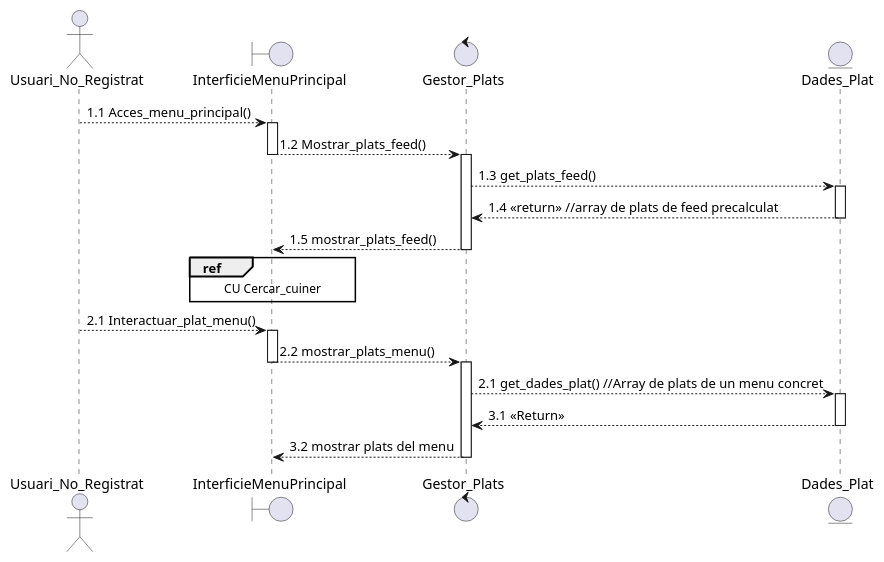
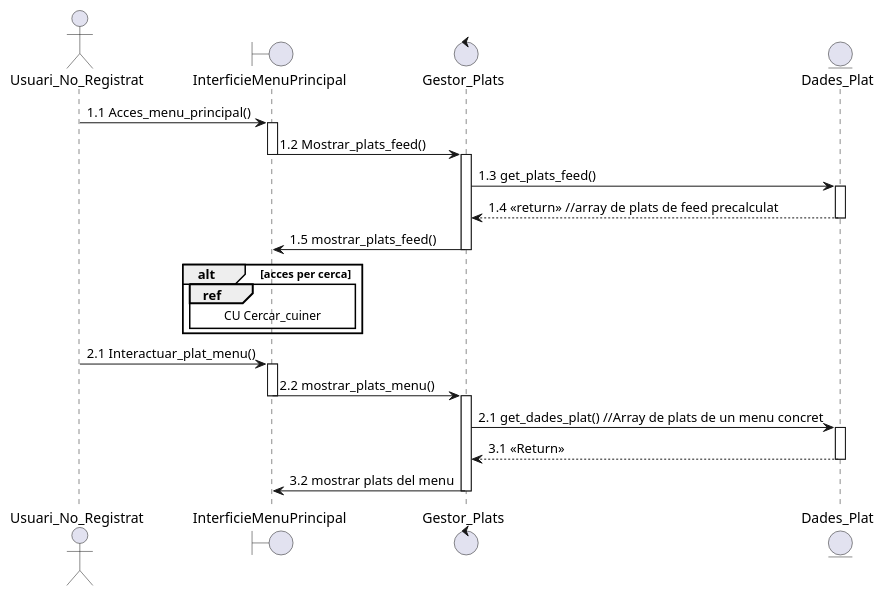
Before and after one commit to martipages/ES23UAB431-02: the diagram in documents/Diagrames i Especificacions/Seqüencia/ALEJANDRO/1 - Consultar Menu.puml, drawn with PlantUML. The commit also changed 9 other files, not shown here.

```diff
--- a/documents/Diagrames i Especificacions/Seqüencia/ALEJANDRO/1 - Consultar Menu.puml
+++ b/documents/Diagrames i Especificacions/Seqüencia/ALEJANDRO/1 - Consultar Menu.puml
@@ -1,21 +1,23 @@
 @startuml
 
 actor Usuari_No_Registrat as UsuariN
 boundary InterficieMenuPrincipal as interficie
 
 control Gestor_Plats as gestor
 entity Dades_Plat as Plat
 
-UsuariN --> interficie ++: 1.1 Acces_menu_principal()
-interficie --> gestor --++: 1.2 Mostrar_plats_feed()
-gestor --> Plat ++: 1.3 get_plats_feed()
+UsuariN -> interficie ++: 1.1 Acces_menu_principal()
+interficie -> gestor --++: 1.2 Mostrar_plats_feed()
+gestor -> Plat ++: 1.3 get_plats_feed()
 Plat --> gestor --: 1.4 <<return>> //array de plats de feed precalculat
-gestor --> interficie --: 1.5 mostrar_plats_feed()
+gestor -> interficie --: 1.5 mostrar_plats_feed()
+alt acces per cerca
 ref over interficie : CU Cercar_cuiner 
-UsuariN --> interficie ++: 2.1 Interactuar_plat_menu()
-interficie --> gestor --++: 2.2 mostrar_plats_menu()
-gestor --> Plat ++: 2.1 get_dades_plat() //Array de plats de un menu concret
+end
+UsuariN -> interficie ++: 2.1 Interactuar_plat_menu()
+interficie -> gestor --++: 2.2 mostrar_plats_menu()
+gestor -> Plat ++: 2.1 get_dades_plat() //Array de plats de un menu concret
 Plat --> gestor --: 3.1 <<Return>>
-gestor --> interficie --: 3.2 mostrar plats del menu
+gestor -> interficie --: 3.2 mostrar plats del menu
 
 @enduml
```
